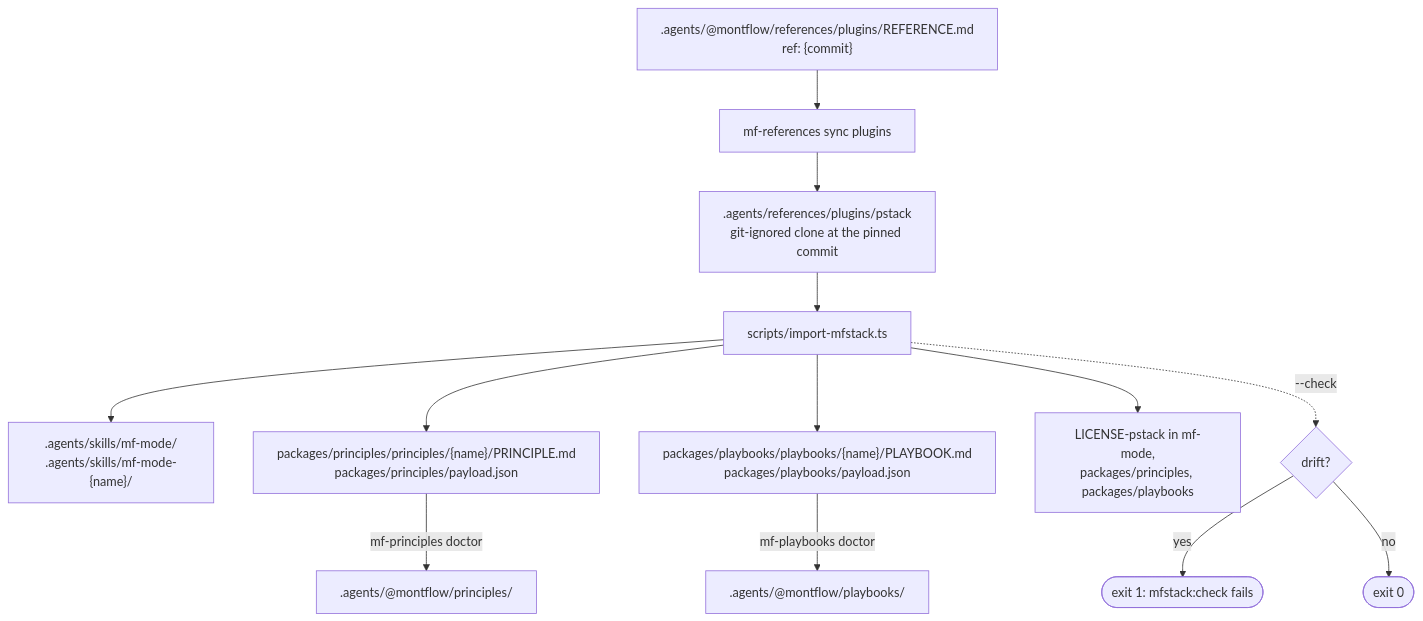
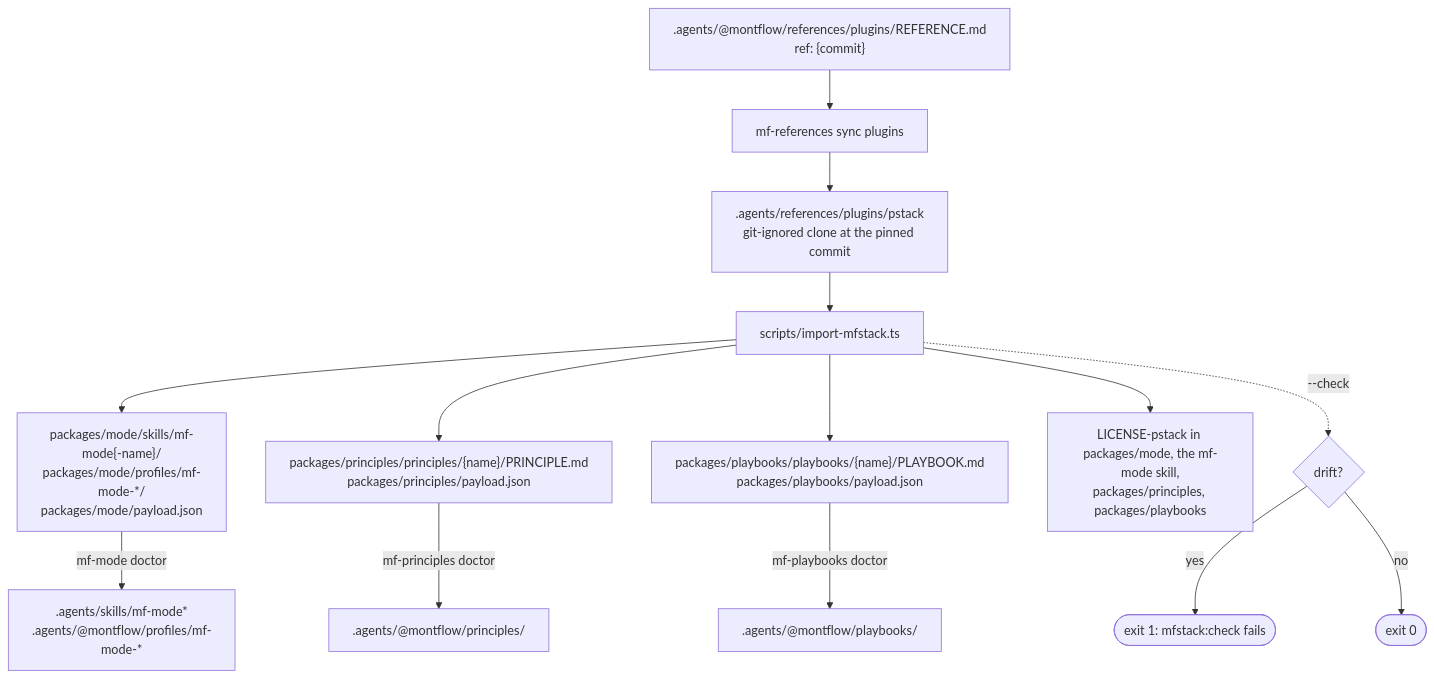
Before and after one commit to montflow/montflow: the fourth of 4 diagrams in wiki/mf-mode.md, drawn with Mermaid. The commit also changed other lines of this file and 498 other files, not shown here.

First line of the commit message:
feat(mode): ship the mf-mode skills and profiles from packages/mode

````diff
--- a/wiki/mf-mode.md
+++ b/wiki/mf-mode.md
@@ -276,15 +278,16 @@
 ```mermaid
 flowchart TD
     pin[".agents/@montflow/references/plugins/REFERENCE.md<br/>ref: {commit}"] --> sync["mf-references sync plugins"]
     sync --> clone[".agents/references/plugins/pstack<br/>git-ignored clone at the pinned commit"]
     clone --> script["scripts/import-mfstack.ts"]
-    script --> s1[".agents/skills/mf-mode/<br/>.agents/skills/mf-mode-{name}/"]
+    script --> s1["packages/mode/skills/mf-mode{-name}/<br/>packages/mode/profiles/mf-mode-*/<br/>packages/mode/payload.json"]
     script --> s2["packages/principles/principles/{name}/PRINCIPLE.md<br/>packages/principles/payload.json"]
     script --> s3["packages/playbooks/playbooks/{name}/PLAYBOOK.md<br/>packages/playbooks/payload.json"]
-    script --> lic["LICENSE-pstack in mf-mode,<br/>packages/principles, packages/playbooks"]
+    script --> lic["LICENSE-pstack in packages/mode, the mf-mode skill,<br/>packages/principles, packages/playbooks"]
+    s1 -- "mf-mode doctor" --> i1[".agents/skills/mf-mode*<br/>.agents/@montflow/profiles/mf-mode-*"]
     s2 -- "mf-principles doctor" --> i2[".agents/@montflow/principles/"]
     s3 -- "mf-playbooks doctor" --> i3[".agents/@montflow/playbooks/"]
     script -.->|"--check"| drift{"drift?"}
     drift -- yes --> fail(["exit 1: mfstack:check fails"])
     drift -- no --> ok(["exit 0"])
 ```
````
